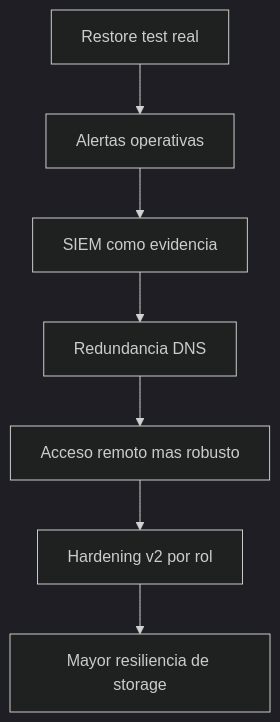
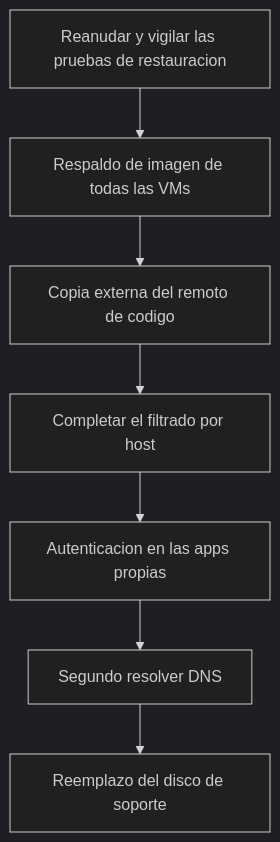
The second of 2 diagrams in docs/es/06-observabilidad-y-roadmap.md (Nicolasperaltait/homelab), drawn with Mermaid (dark theme) before and after one commit. The commit also changed other lines of this file and 16 other files, not shown here.

````diff
--- a/docs/es/06-observabilidad-y-roadmap.md
+++ b/docs/es/06-observabilidad-y-roadmap.md
@@ -95,9 +112,9 @@
 ```mermaid
 flowchart TD
-    A[Restore test real] --> B[Alertas operativas]
-    B --> C[SIEM como evidencia]
-    C --> D[Redundancia DNS]
-    D --> E[Acceso remoto mas robusto]
-    E --> F[Hardening v2 por rol]
-    F --> G[Mayor resiliencia de storage]
+    A[Reanudar y vigilar las pruebas de restauracion] --> B[Respaldo de imagen de todas las VMs]
+    B --> C[Copia externa del remoto de codigo]
+    C --> D[Completar el filtrado por host]
+    D --> E[Autenticacion en las apps propias]
+    E --> F[Segundo resolver DNS]
+    F --> G[Reemplazo del disco de soporte]
 ```
````
